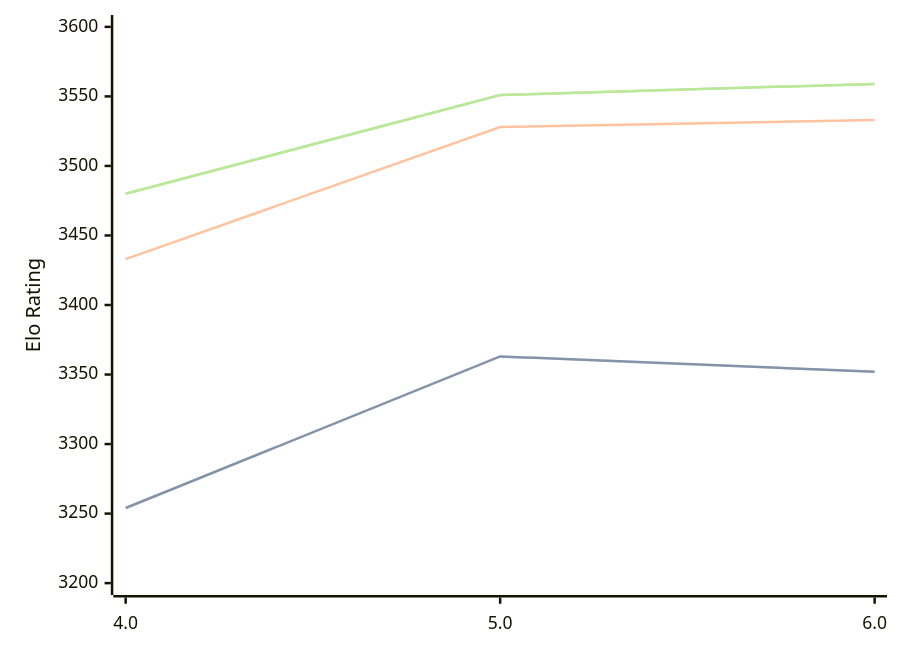
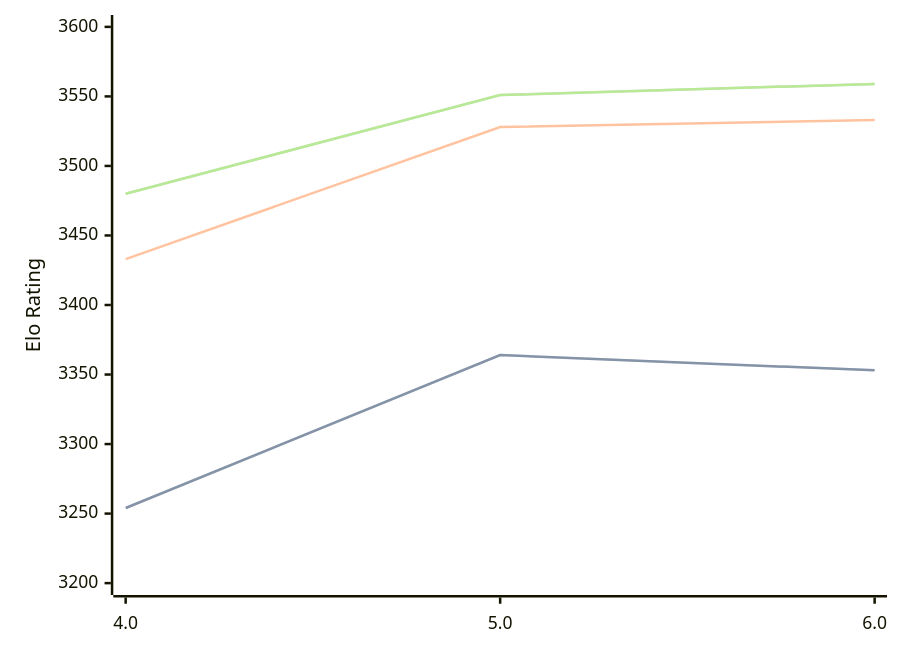
The diagram in engines/Tarnished.md (computer-chess-index/cci), drawn with Mermaid before and after one commit. The commit also changed other lines of this file, not shown here.

````diff
--- a/engines/Tarnished.md
+++ b/engines/Tarnished.md
@@ -33,11 +33,11 @@
 ```mermaid
 %%{init: {"theme":"base","themeVariables":{"seriesColors:['#a3a3a3','#222221','#faa371']}}}%%
 xychart-beta
   x-axis ["4.0", "5.0", "6.0"]
   y-axis "Elo Rating" 3200 --> 3600
-  line "STC (8.0+0.08s)" [3254, 3363, 3352]
-  line "STC (8.0+0.08s)" [3254, 3363, 3352]
+  line "STC (8.0+0.08s)" [3254, 3364, 3353]
+  line "STC (8.0+0.08s)" [3254, 3364, 3353]
   line "LTC (60.0+0.60s)" [3433, 3528, 3533]
   line "VLTC (2m24s+1.12s)" [3480, 3551, 3559]
   line "VLTC (2m24s+1.12s)" [3480, 3551, 3559]
 ```
````
